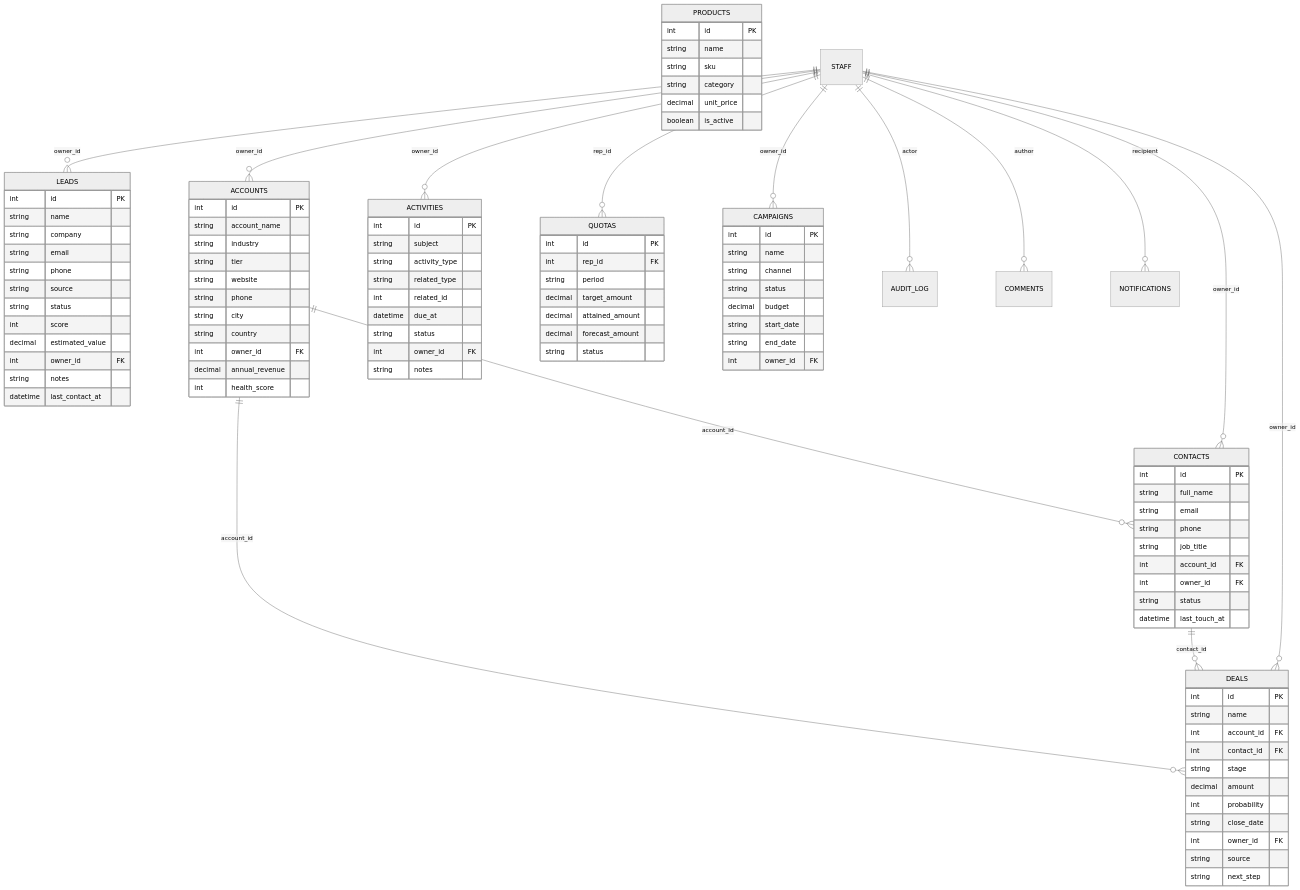
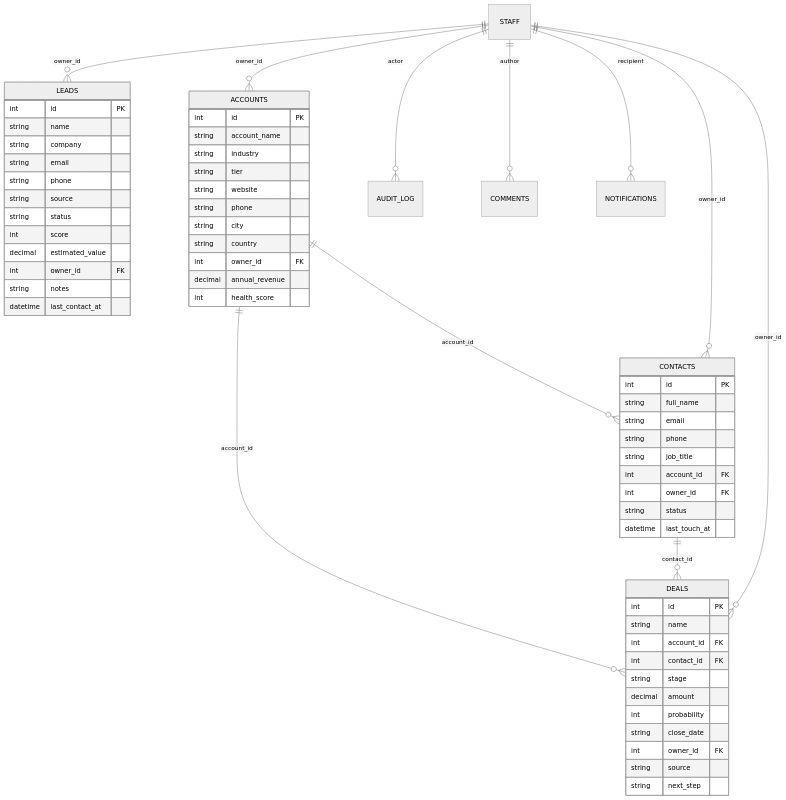
Before and after one commit to Jet-labs/jet-admin: the diagram in marketplace/templates/crm-sales-pipeline/README.md, drawn with Mermaid (neutral theme). The commit also changed other lines of this file and 202 other files, not shown here.

```diff
--- a/marketplace/templates/crm-sales-pipeline/README.md
+++ b/marketplace/templates/crm-sales-pipeline/README.md
@@ -106,44 +94,6 @@
     string status
     datetime last_touch_at
   }
-  ACTIVITIES {
-    int id PK
-    string subject
-    string activity_type
-    string related_type
-    int related_id
-    datetime due_at
-    string status
-    int owner_id FK
-    string notes
-  }
-  PRODUCTS {
-    int id PK
-    string name
-    string sku
-    string category
-    decimal unit_price
-    boolean is_active
-  }
-  QUOTAS {
-    int id PK
-    int rep_id FK
-    string period
-    decimal target_amount
-    decimal attained_amount
-    decimal forecast_amount
-    string status
-  }
-  CAMPAIGNS {
-    int id PK
-    string name
-    string channel
-    string status
-    decimal budget
-    string start_date
-    string end_date
-    int owner_id FK
-  }
   ACCOUNTS ||--o{ DEALS : "account_id"
   CONTACTS ||--o{ DEALS : "contact_id"
   STAFF ||--o{ DEALS : "owner_id"
@@ -151,9 +101,6 @@
   STAFF ||--o{ ACCOUNTS : "owner_id"
   ACCOUNTS ||--o{ CONTACTS : "account_id"
   STAFF ||--o{ CONTACTS : "owner_id"
-  STAFF ||--o{ ACTIVITIES : "owner_id"
-  STAFF ||--o{ QUOTAS : "rep_id"
-  STAFF ||--o{ CAMPAIGNS : "owner_id"
   STAFF ||--o{ AUDIT_LOG : actor
   STAFF ||--o{ COMMENTS : author
   STAFF ||--o{ NOTIFICATIONS : recipient
```
